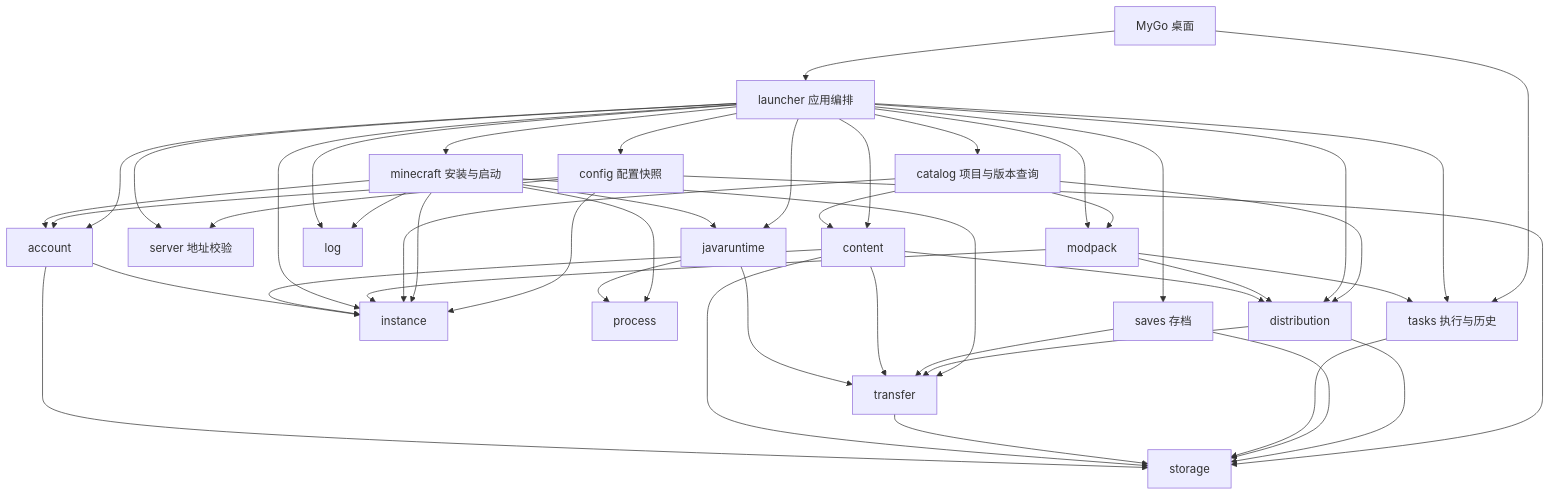
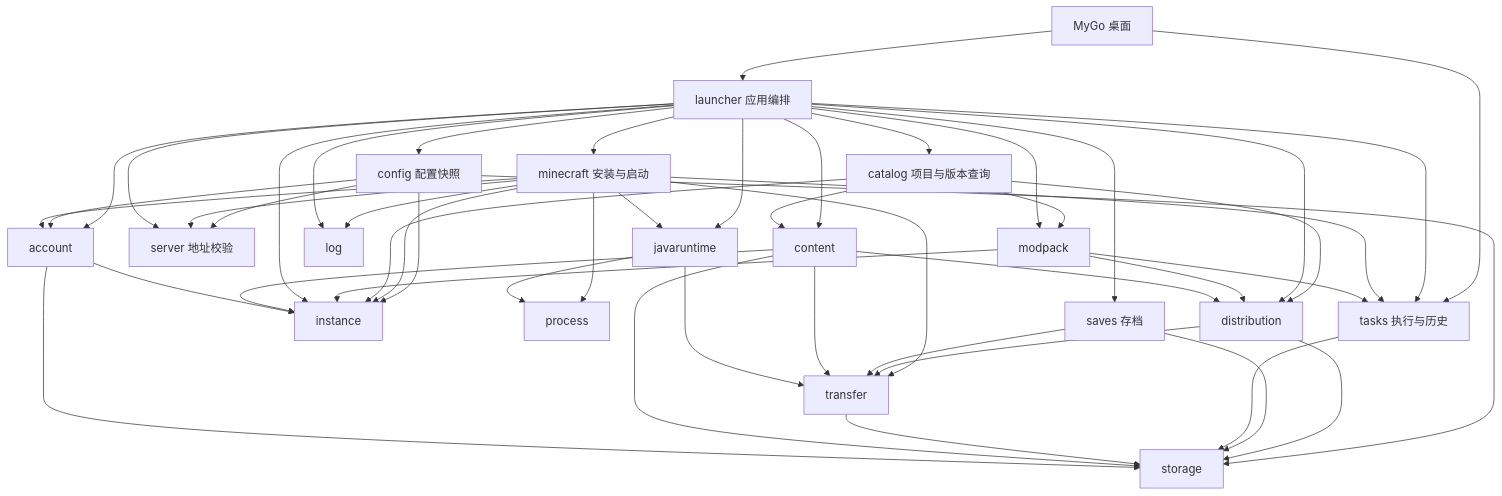
Before and after one commit to CAUCraft/LXMCL: the diagram in docs/architecture.md, drawn with Mermaid. The commit also changed other lines of this file and 6 other files, not shown here.

````diff
--- a/docs/architecture.md
+++ b/docs/architecture.md
@@ -32,49 +32,51 @@
 ```mermaid
 flowchart TD
     UI[MyGo 桌面] --> Launcher[launcher 应用编排]
     UI --> Tasks[tasks 执行与历史]
     Launcher --> Tasks
     Launcher --> Account[account]
     Launcher --> Config[config 配置快照]
     Config --> Instance
     Config --> Account
     Config --> Storage
     Config --> Server[server 地址校验]
     Launcher --> Java[javaruntime]
     Launcher --> Minecraft[minecraft 安装与启动]
     Minecraft --> Java
     Minecraft --> Account
     Minecraft --> Instance
     Minecraft --> Transfer
+    Minecraft --> Tasks
+    Minecraft --> Server
     Minecraft --> Process
     Minecraft --> Logs
     Launcher --> Content[content]
     Launcher --> Catalog[catalog 项目与版本查询]
     Catalog --> Content
     Catalog --> Instance
     Catalog --> Modpack
     Catalog --> Distribution
     Launcher --> Modpack[modpack]
     Launcher --> Distribution[distribution]
     Modpack --> Distribution
     Modpack --> Instance
     Modpack --> Tasks
     Distribution --> Transfer
     Distribution --> Storage
     Launcher --> Instance[instance]
     Launcher --> Server
     Launcher --> Saves[saves 存档]
     Saves --> Storage
     Saves --> Transfer
     Tasks --> Storage
     Content --> Instance
     Content --> Distribution
     Content --> Transfer[transfer]
     Transfer --> Storage
     Content --> Storage
     Java --> Transfer
     Java --> Process[process]
     Account --> Instance
     Account --> Storage[storage]
     Launcher --> Logs[log]
 ```
````
